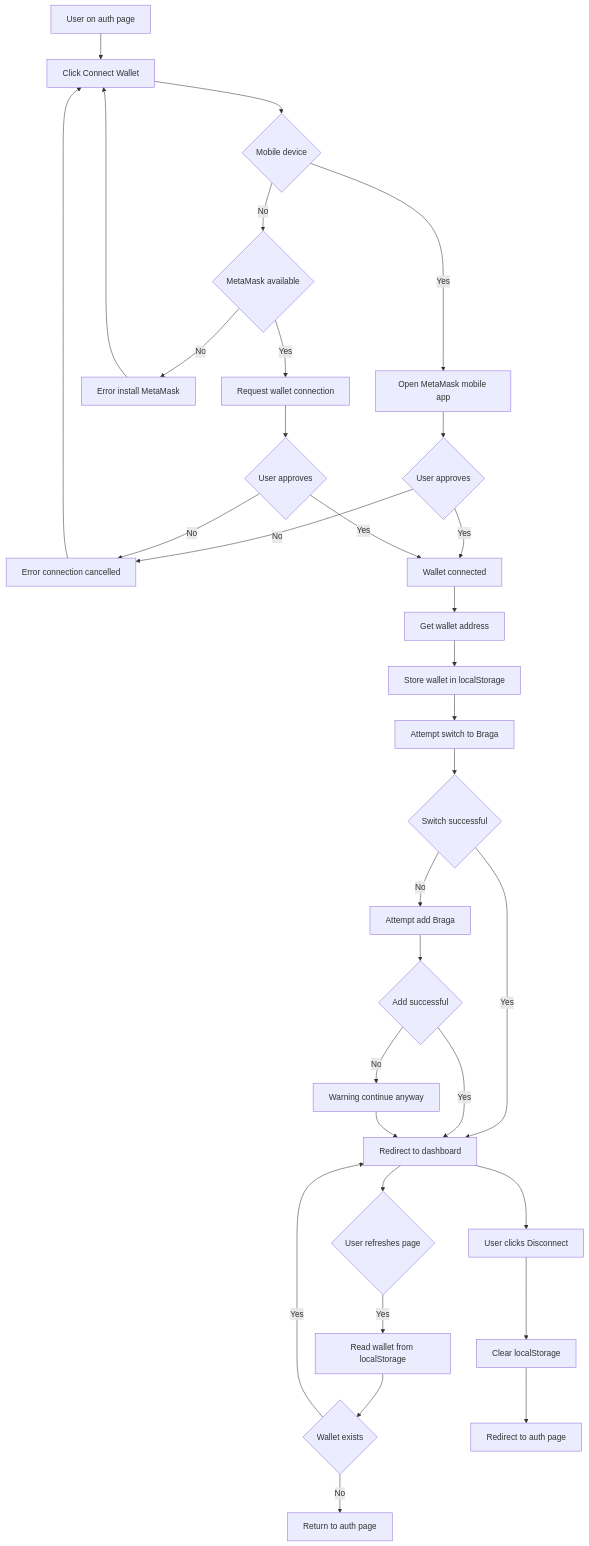
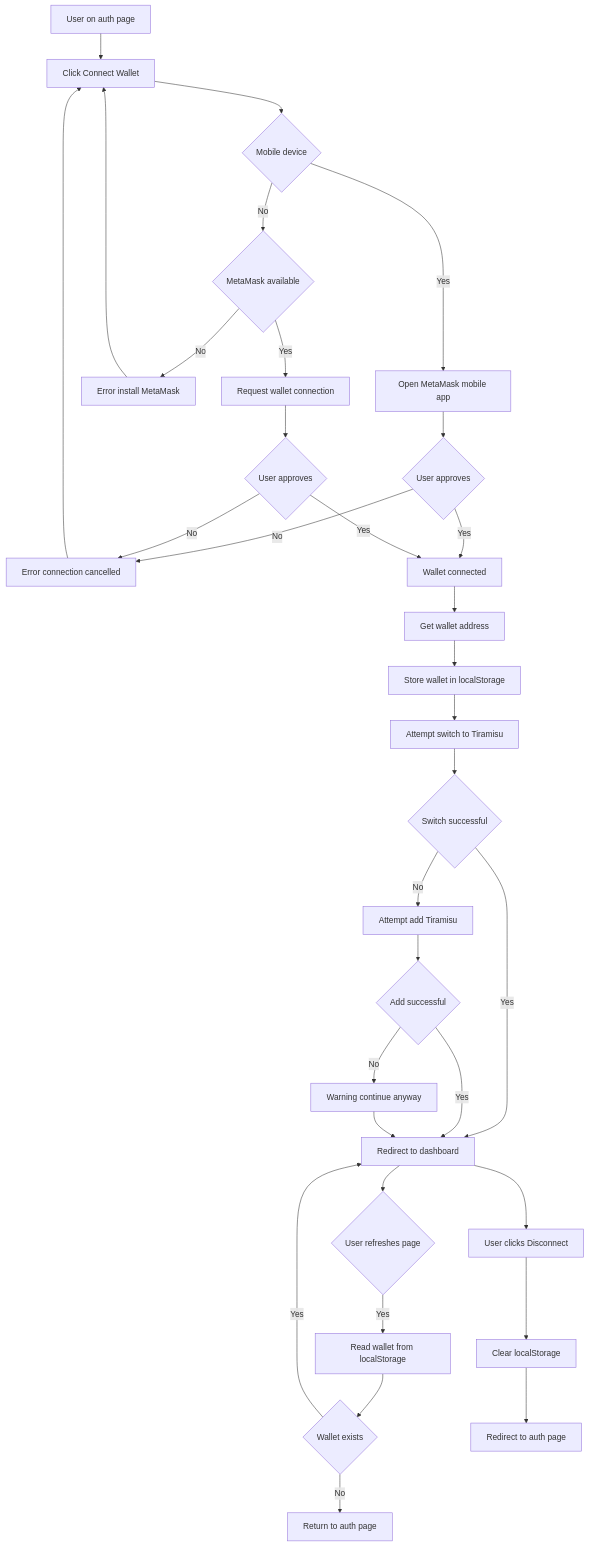
One commit to understories/p2pmentor changed the first of 2 diagrams in docs/betadocs/arkiv/operations/wallet-authentication-flow.md. Above: the diagram before and after it, drawn with Mermaid. The commit also changed other lines of this file and 61 other files, not shown here.

First line of the commit message:
chore(arkiv): migrate from Braga to Tiramisu testnet

````diff
--- a/docs/betadocs/arkiv/operations/wallet-authentication-flow.md
+++ b/docs/betadocs/arkiv/operations/wallet-authentication-flow.md
@@ -14,41 +14,41 @@
 ```mermaid
 flowchart TD
   A[User on auth page] --> B[Click Connect Wallet]
 
   B --> C{Mobile device}
   C -- Yes --> D[Open MetaMask mobile app]
   D --> E{User approves}
   E -- No --> E1[Error connection cancelled]
   E1 --> B
   E -- Yes --> F[Wallet connected]
 
   C -- No --> G{MetaMask available}
   G -- No --> G1[Error install MetaMask]
   G1 --> B
   G -- Yes --> H[Request wallet connection]
   H --> I{User approves}
   I -- No --> E1
   I -- Yes --> F
 
   F --> J[Get wallet address]
   J --> K[Store wallet in localStorage]
 
-  K --> L[Attempt switch to Braga]
+  K --> L[Attempt switch to Tiramisu]
   L --> M{Switch successful}
   M -- Yes --> N[Redirect to dashboard]
-  M -- No --> O[Attempt add Braga]
+  M -- No --> O[Attempt add Tiramisu]
   O --> P{Add successful}
   P -- Yes --> N
   P -- No --> Q[Warning continue anyway]
   Q --> N
 
   N --> R{User refreshes page}
   R -- Yes --> S[Read wallet from localStorage]
   S --> T{Wallet exists}
   T -- Yes --> N
   T -- No --> U[Return to auth page]
 
   N --> V[User clicks Disconnect]
   V --> W[Clear localStorage]
   W --> X[Redirect to auth page]
 ```
````
